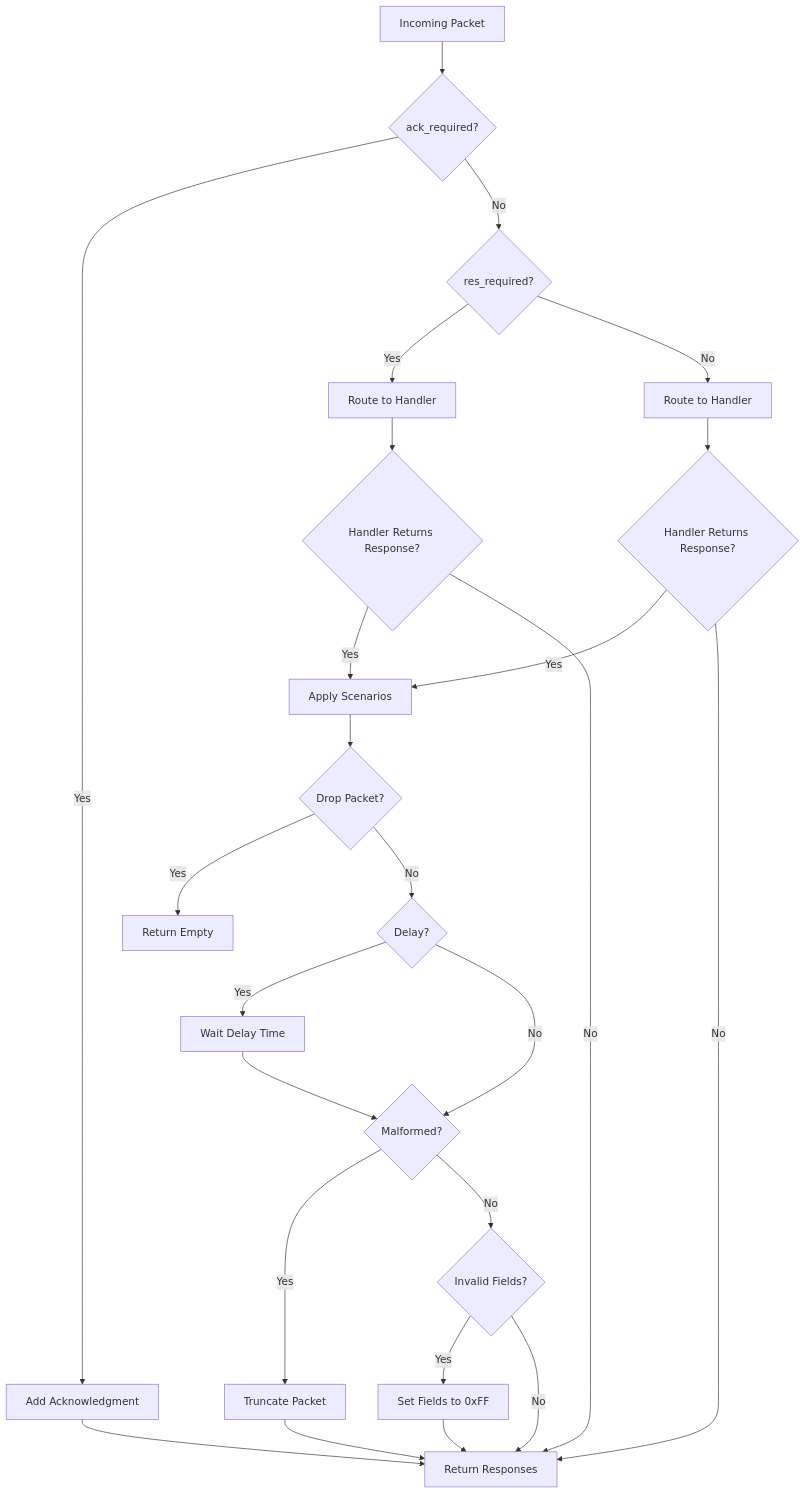
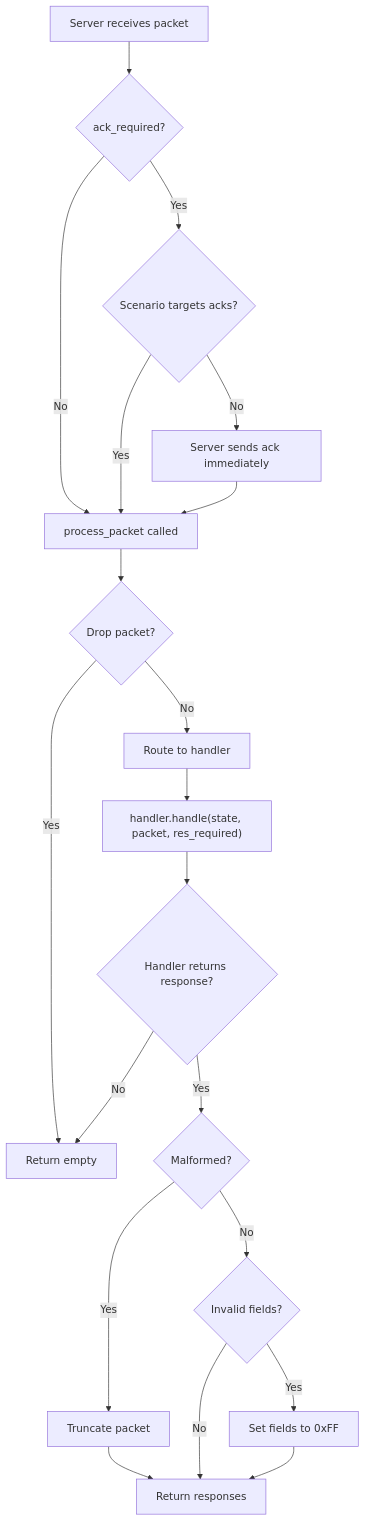
The diagram in docs/library/device.md (Djelibeybi/lifx-emulator), drawn with Mermaid before and after one commit. The commit also changed other lines of this file and 8 other files, not shown here.

First line of the commit message:
feat(server): send acks immediately before device processing

````diff
--- a/docs/library/device.md
+++ b/docs/library/device.md
@@ -428,37 +440,28 @@
 ```mermaid
 graph TD
-    A[Incoming Packet] --> B{ack_required?}
-    B -->|Yes| C[Add Acknowledgment]
-    B -->|No| D{res_required?}
+    S[Server receives packet] --> SA{ack_required?}
+    SA -->|Yes| SB{Scenario targets acks?}
+    SA -->|No| A
+    SB -->|No| SC[Server sends ack immediately]
+    SB -->|Yes| A
+    SC --> A
 
-    D -->|Yes| E[Route to Handler]
-    D -->|No| F[Route to Handler]
+    A[process_packet called] --> B{Drop packet?}
+    B -->|Yes| L[Return empty]
+    B -->|No| C[Route to handler]
 
-    E --> G{Handler Returns Response?}
-    F --> H{Handler Returns Response?}
+    C --> D["handler.handle(state, packet, res_required)"]
+    D --> E{Handler returns response?}
 
-    G -->|Yes| I[Apply Scenarios]
-    G -->|No| J[Return Responses]
+    E -->|No| L
+    E -->|Yes| F{Malformed?}
 
-    H -->|Yes| I
+    F -->|Yes| G[Truncate packet]
+    F -->|No| H{Invalid fields?}
+
+    G --> J[Return responses]
+    H -->|Yes| I[Set fields to 0xFF]
     H -->|No| J
 
-    I --> K{Drop Packet?}
-    K -->|Yes| L[Return Empty]
-    K -->|No| M{Delay?}
-
-    M -->|Yes| N[Wait Delay Time]
-    M -->|No| O{Malformed?}
-
-    N --> O
-    O -->|Yes| P[Truncate Packet]
-    O -->|No| Q{Invalid Fields?}
-
-    P --> J
-    Q -->|Yes| R[Set Fields to 0xFF]
-    Q -->|No| J
-
-    R --> J
-    C --> J
-    J[Return Responses]
+    I --> J
 ```
````
